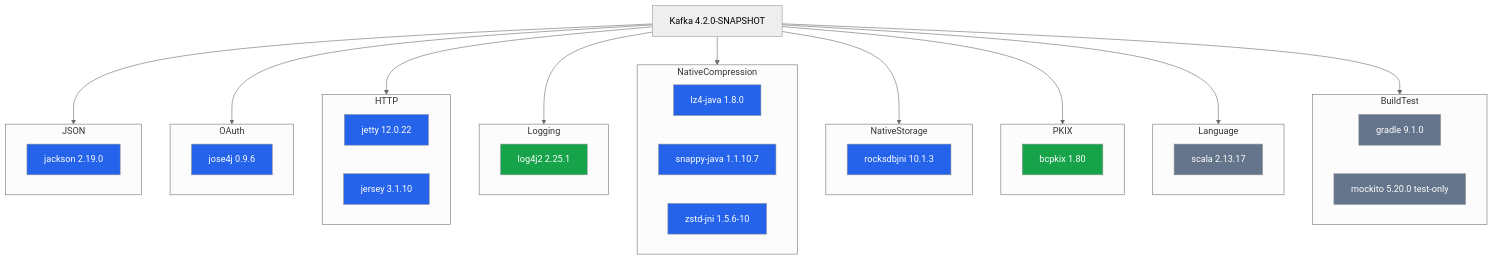
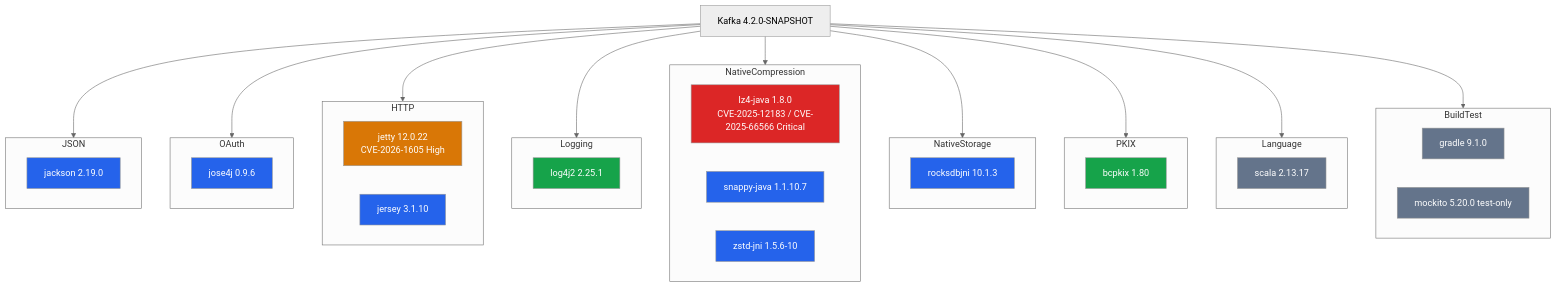
One commit to blitzy-public-samples/blitzy-kafka changed the diagram in docs/security-audit/dependency-inventory.md. Above: the diagram before and after it, drawn with Mermaid. The commit also changed other lines of this file and 7 other files, not shown here.

````diff
--- a/docs/security-audit/dependency-inventory.md
+++ b/docs/security-audit/dependency-inventory.md
@@ -121,61 +121,61 @@
 ```mermaid
 %%{init: {'theme':'neutral'}}%%
 graph TD
     classDef critical fill:#DC2626,color:#fff
     classDef high fill:#D97706,color:#fff
     classDef medium fill:#2563EB,color:#fff
     classDef low fill:#16A34A,color:#fff
     classDef note fill:#64748B,color:#fff
 
     Kafka[Kafka 4.2.0-SNAPSHOT]
 
     subgraph JSON
         Jackson[jackson 2.19.0]:::medium
     end
 
     subgraph OAuth
         Jose4j[jose4j 0.9.6]:::medium
     end
 
     subgraph HTTP
-        Jetty[jetty 12.0.22]:::medium
+        Jetty[jetty 12.0.22<br/>CVE-2026-1605 High]:::high
         Jersey[jersey 3.1.10]:::medium
     end
 
     subgraph Logging
         Log4j[log4j2 2.25.1]:::low
     end
 
     subgraph NativeCompression
-        Lz4[lz4-java 1.8.0]:::medium
+        Lz4[lz4-java 1.8.0<br/>CVE-2025-12183 / CVE-2025-66566 Critical]:::critical
         Snappy[snappy-java 1.1.10.7]:::medium
         Zstd[zstd-jni 1.5.6-10]:::medium
     end
 
     subgraph NativeStorage
         RocksDB[rocksdbjni 10.1.3]:::medium
     end
 
     subgraph PKIX
         BcPkix[bcpkix 1.80]:::low
     end
 
     subgraph Language
         Scala[scala 2.13.17]:::note
     end
 
     subgraph BuildTest
         Gradle[gradle 9.1.0]:::note
         Mockito[mockito 5.20.0 test-only]:::note
     end
 
     Kafka --> JSON
     Kafka --> OAuth
     Kafka --> HTTP
     Kafka --> Logging
     Kafka --> NativeCompression
     Kafka --> NativeStorage
     Kafka --> PKIX
     Kafka --> Language
     Kafka --> BuildTest
 ```
````
